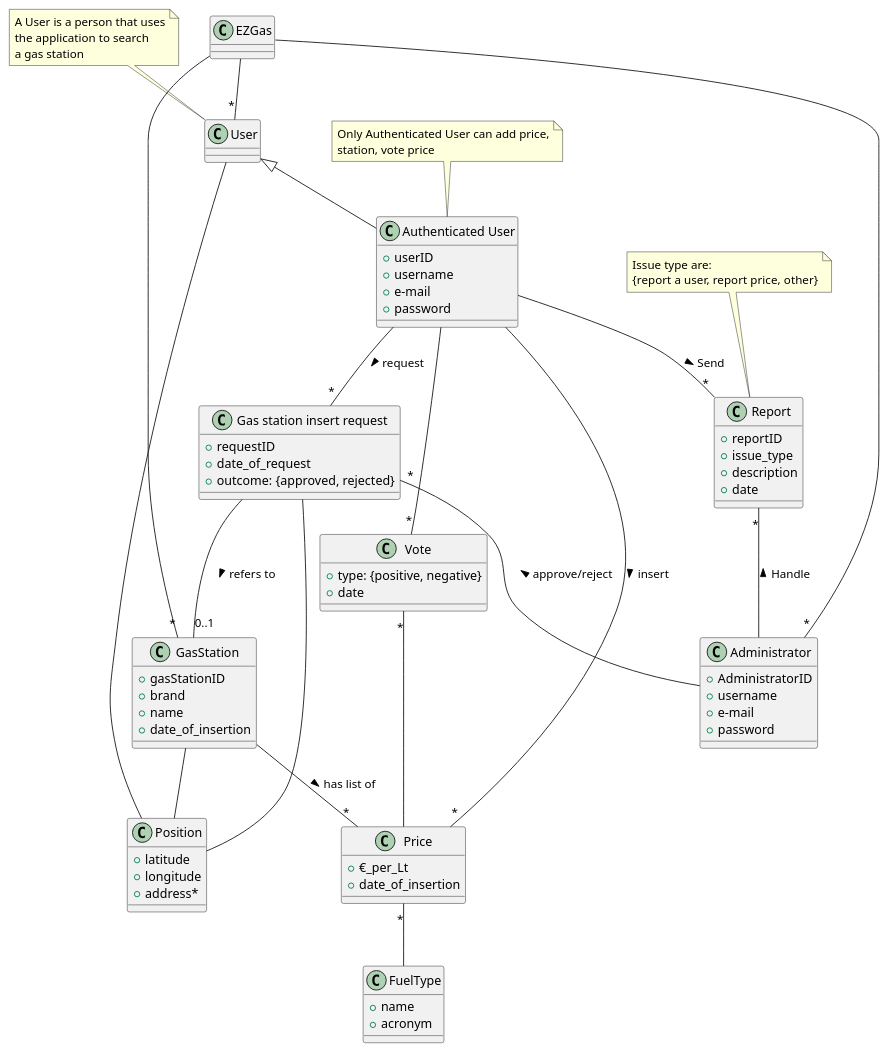
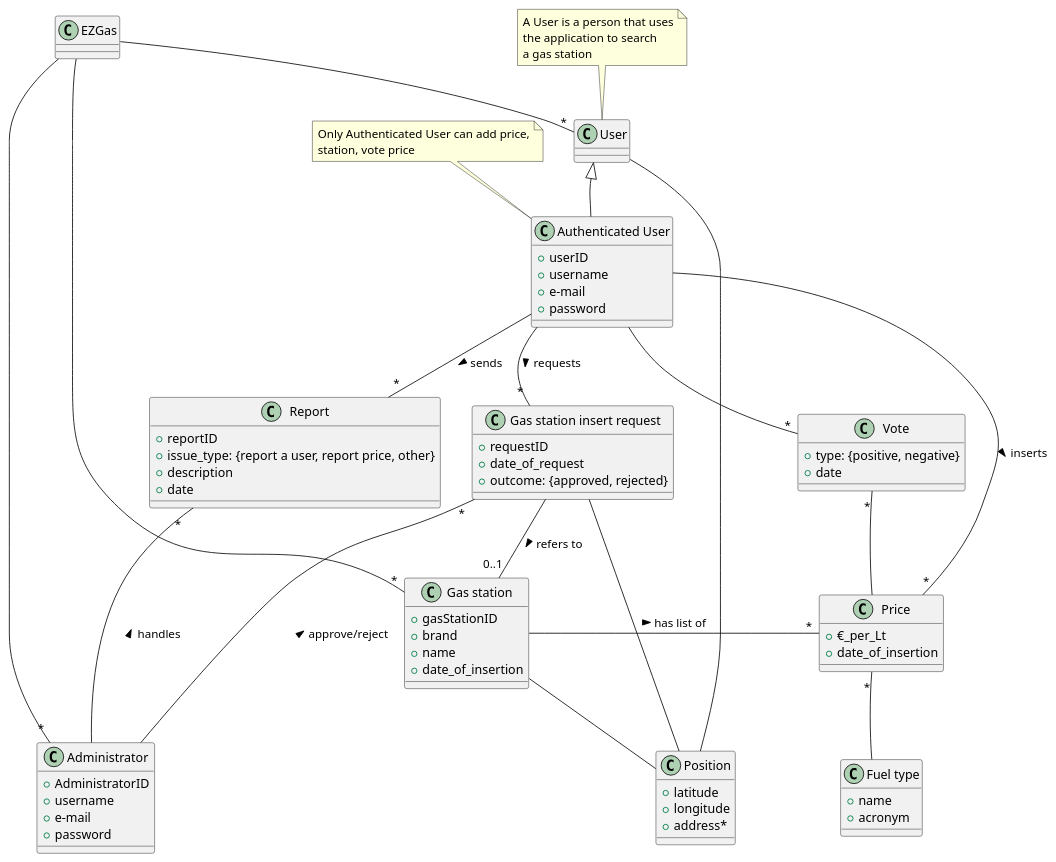
The third of 3 diagrams in docs/RequirementsDocument.md (SE2-group4/SE1-project), drawn with PlantUML before and after one commit. The commit also changed other lines of this file, not shown here.

Commit message:
style: glossary diagram enhancement

````diff
--- a/docs/RequirementsDocument.md
+++ b/docs/RequirementsDocument.md
@@ -326,20 +329,20 @@
   + password
 }
 
-class GasStation{
+class "Gas station insert request"{
+  + requestID
+  + date_of_request
+  + outcome: {approved, rejected}
+}
+
+class "Gas station"{
   + gasStationID
   + brand
   + name
   + date_of_insertion
 }
 
-class "Gas station insert request"{
-  + requestID
-  + date_of_request
-  + outcome: {approved, rejected}
-}
-
-class FuelType{
+class "Fuel type"{
   + name
   + acronym
 }
@@ -356,7 +359,7 @@
 
 class Report{
   + reportID
-  + issue_type
+  + issue_type: {report a user, report price, other}
   + description
   + date
 }
@@ -370,20 +373,20 @@
 User -- Position
 User <|-- "Authenticated User"
 EZGas -- "*" User
-EZGas -- "*" GasStation
+EZGas -- "*" "Gas station"
 EZGas -- "*" Administrator
-Price "*" -- FuelType
-GasStation -- "*" Price : has list of >
-GasStation -- Position
+Price "*" -- "Fuel type"
+"Gas station" -- "*" Price : has list of >
+"Gas station" -- Position
 "Authenticated User" -- "*" Vote
-"Authenticated User" -- "*" Price : insert >
-"Authenticated User" -- "*" "Gas station insert request" : request >
-"Gas station insert request" -- "0..1" GasStation : refers to >
+"Authenticated User" -- "*" Price : inserts >
+"Authenticated User" -- "*" "Gas station insert request" : requests >
+"Gas station insert request" -- "0..1" "Gas station" : refers to >
 "Gas station insert request" -- Position
 "Gas station insert request" "*" -- Administrator : < approve/reject
 Vote "*" -- Price
-"Authenticated User"-- "*" Report : Send >
-Report "*" -- Administrator : < Handle
+"Authenticated User"-- "*" Report : sends >
+Report "*" -- Administrator : < handles
 
 
 note "A User is a person that uses\nthe application to search\na gas station" as N1
@@ -392,7 +395,21 @@
 note "Only Authenticated User can add price,\nstation, vote price" as N2
 N2 .. "Authenticated User"
 
-note "Issue type are: \n{report a user, report price, other}" as N3
-N3 .. Report
+' fake hidden relationships for positioning
+' -[hidden]> : left to right
+' --[hidden]> : top to bottom
+EZGas --[hidden]> User
+User --[hidden]> "Authenticated User"
+Position -[hidden]> User
+EZGas --[hidden]> "Gas station"
+"Authenticated User" --[hidden]> "Gas station insert request"
+Report -[hidden]> "Gas station insert request"
+"Gas station insert request" -[hidden]> Vote
+Vote --[hidden]> Price
+"Gas station" --[hidden]> "Administrator"
+"Gas station" -[hidden]> Price
+"Gas station insert request" --[hidden]> "Gas station"
+Price --[hidden]> "Fuel type"
+
 @enduml
 ```
````
